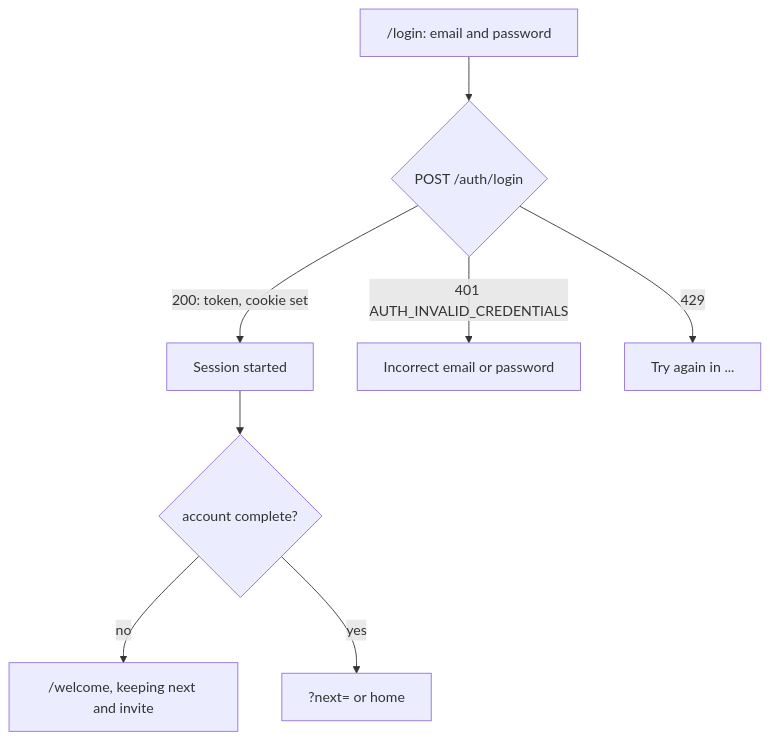
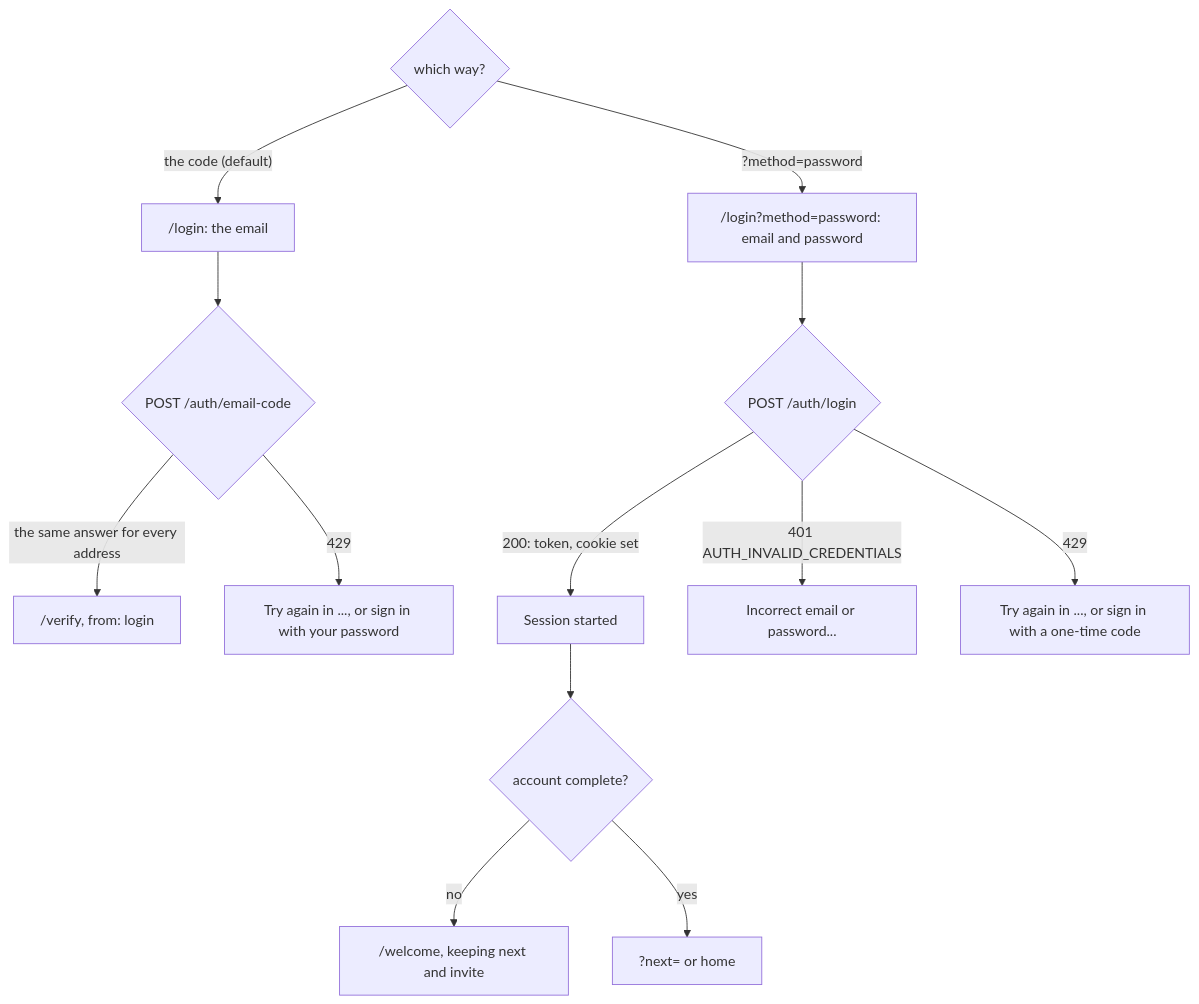
One commit to StoriuSs/NezFocus-Frontend changed the second of 4 diagrams in docs/auth/pages-and-flows.md. Above: the diagram before and after it, drawn with Mermaid. The commit also changed other lines of this file and 39 other files, not shown here.

First line of the commit message:
feat(auth): sign in by code or password, reset a password with a code, and say why a session ended (L9)

````diff
--- a/docs/auth/pages-and-flows.md
+++ b/docs/auth/pages-and-flows.md
@@ -269,10 +272,15 @@
 ```mermaid
 flowchart TD
-    F["/login: email and password"] --> L{"POST /auth/login"}
+    W{"which way?"} -->|"the code (default)"| C["/login: the email"]
+    W -->|"?method=password"| P["/login?method=password: email and password"]
+    C --> EC{"POST /auth/email-code"}
+    EC -->|"the same answer for every address"| V["/verify, from: login"]
+    EC -->|"429"| WC["Try again in ..., or sign in with your password"]
+    P --> L{"POST /auth/login"}
     L -->|"200: token, cookie set"| S["Session started"]
-    L -->|"401 AUTH_INVALID_CREDENTIALS"| E["Incorrect email or password"]
-    L -->|"429"| W["Try again in ..."]
-    S --> C{"account complete?"}
-    C -->|"no"| WE["/welcome, keeping next and invite"]
-    C -->|"yes"| R["?next= or home"]
+    L -->|"401 AUTH_INVALID_CREDENTIALS"| E["Incorrect email or password..."]
+    L -->|"429"| WP["Try again in ..., or sign in with a one-time code"]
+    S --> CO{"account complete?"}
+    CO -->|"no"| WE["/welcome, keeping next and invite"]
+    CO -->|"yes"| R["?next= or home"]
 ```
````
